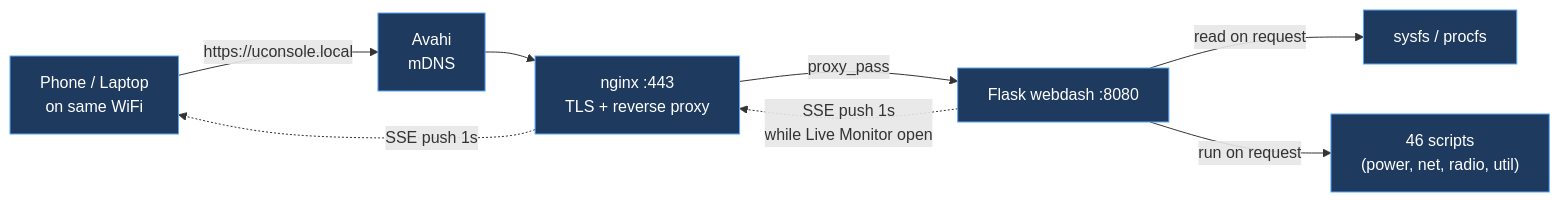
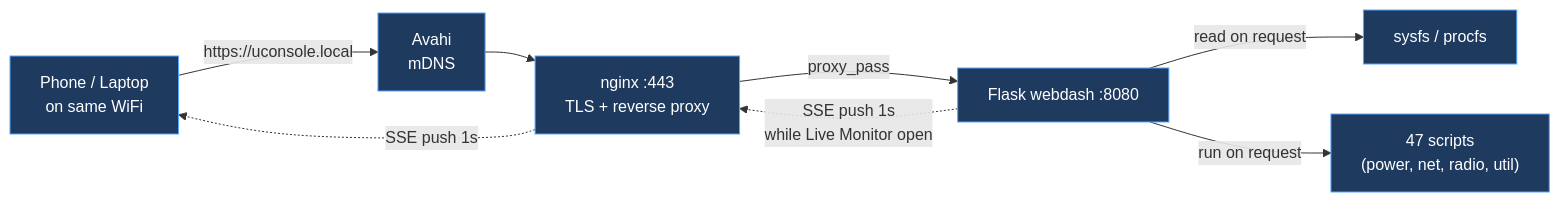
Before and after one commit to mikevitelli/uconsole-cloud: the third of 3 diagrams in docs/ARCHITECTURE.md, drawn with Mermaid. The commit also changed 6 other files, not shown here.

````diff
--- a/docs/ARCHITECTURE.md
+++ b/docs/ARCHITECTURE.md
@@ -56,13 +56,13 @@
 ```mermaid
 flowchart LR
   Phone["Phone / Laptop<br/>on same WiFi"] -->|https://uconsole.local| Avahi["Avahi<br/>mDNS"]
   Avahi --> Nginx["nginx :443<br/>TLS + reverse proxy"]
   Nginx -->|proxy_pass| Flask["Flask webdash :8080"]
   Flask -->|read on request| Sysfs["sysfs / procfs"]
-  Flask -->|run on request| Scripts["46 scripts<br/>(power, net, radio, util)"]
+  Flask -->|run on request| Scripts["47 scripts<br/>(power, net, radio, util)"]
   Flask -. "SSE push 1s<br/>while Live Monitor open" .-> Nginx
   Nginx -. "SSE push 1s" .-> Phone
 
   classDef device fill:#1e3a5f,stroke:#58a6ff,color:#fff;
   class Phone,Avahi,Nginx,Flask,Sysfs,Scripts device
 ```
````
